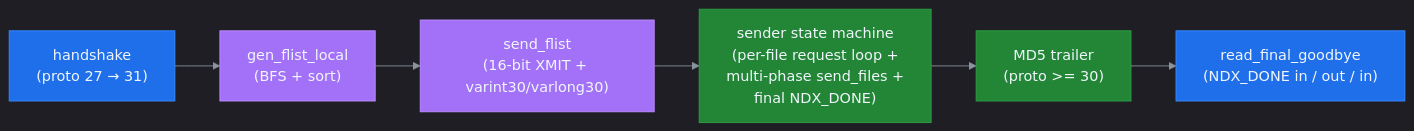
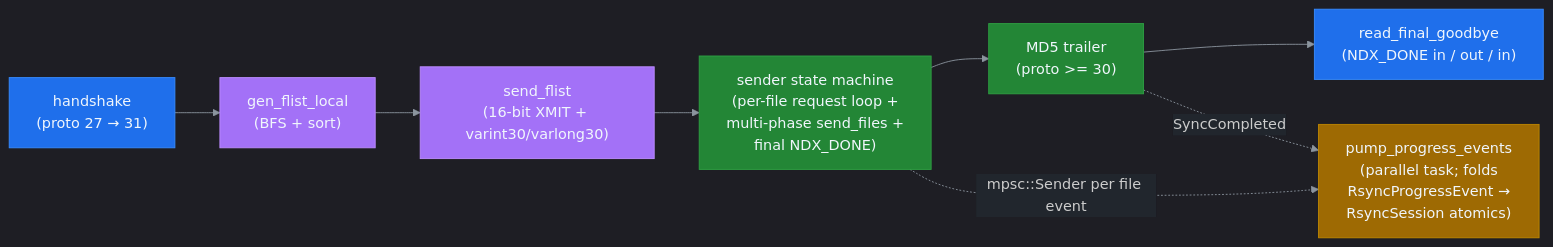
One commit to farchanjo/ssh-mcp changed the eighth of 10 diagrams in docs/ARCHITECTURE.md. Above: the diagram before and after it, drawn with Mermaid. The commit also changed other lines of this file and 5 other files, not shown here.

````diff
--- a/docs/ARCHITECTURE.md
+++ b/docs/ARCHITECTURE.md
@@ -588,23 +590,27 @@
 ```mermaid
 %%{init: {'theme':'dark','themeVariables':{'primaryColor':'#1f6feb','primaryTextColor':'#f0f6fc','primaryBorderColor':'#388bfd','lineColor':'#8b949e','secondaryColor':'#161b22','tertiaryColor':'#21262d','background':'#0d1117','mainBkg':'#161b22','secondBkg':'#21262d','tertiaryBkg':'#0d1117','nodeTextColor':'#f0f6fc','edgeLabelBackground':'#21262d','clusterBkg':'#161b22','clusterBorder':'#30363d','titleColor':'#f0f6fc'}}}%%
 flowchart LR
     H["handshake<br/>(proto 27 → 31)"]
     F["gen_flist_local<br/>(BFS + sort)"]
     SF["send_flist<br/>(16-bit XMIT + varint30/varlong30)"]
     SS["sender state machine<br/>(per-file request loop +<br/>multi-phase send_files +<br/>final NDX_DONE)"]
     M["MD5 trailer<br/>(proto >= 30)"]
     G["read_final_goodbye<br/>(NDX_DONE in / out / in)"]
+    P["pump_progress_events<br/>(parallel task; folds<br/>RsyncProgressEvent →<br/>RsyncSession atomics)"]
 
     H --> F
     F --> SF
     SF --> SS
     SS --> M
     M --> G
+    SS -.->|mpsc::Sender per file event| P
+    M -.->|SyncCompleted| P
 
     style H fill:#1f6feb,color:#f0f6fc,stroke:#388bfd
     style F fill:#a371f7,color:#f0f6fc,stroke:#bc8cff
     style SF fill:#a371f7,color:#f0f6fc,stroke:#bc8cff
     style SS fill:#238636,color:#f0f6fc,stroke:#2ea043
     style M fill:#238636,color:#f0f6fc,stroke:#2ea043
     style G fill:#1f6feb,color:#f0f6fc,stroke:#388bfd
+    style P fill:#9e6a03,color:#f0f6fc,stroke:#bf8700
 ```
````
